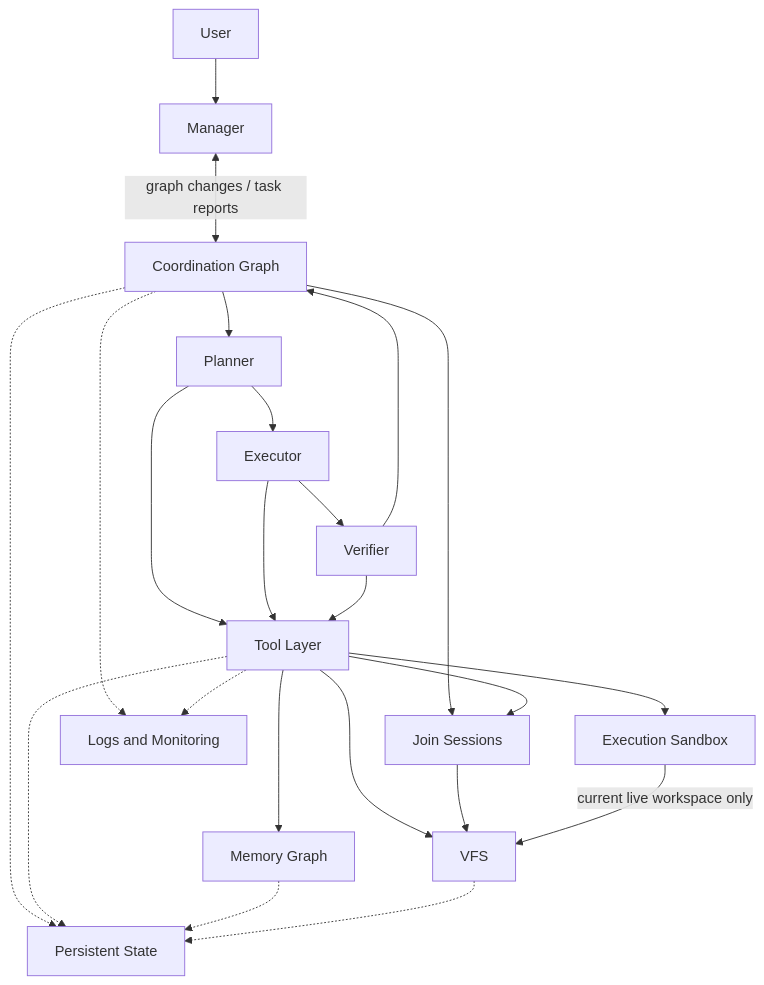
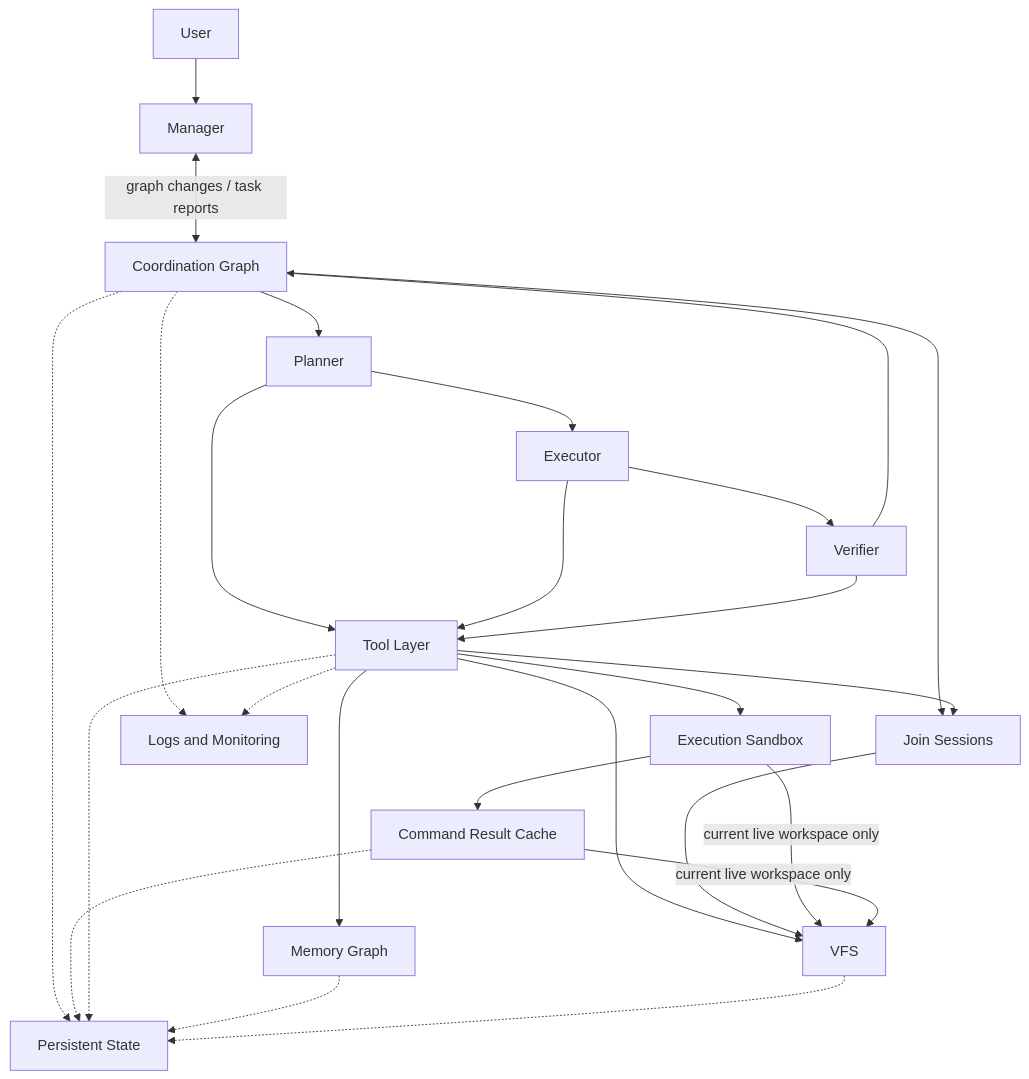
The diagram in docs/architecture-governance.md (KDZZZZZZ/threadmill), drawn with Mermaid before and after one commit. The commit also changed other lines of this file and 19 other files, not shown here.

````diff
--- a/docs/architecture-governance.md
+++ b/docs/architecture-governance.md
@@ -5,29 +5,32 @@
 ```mermaid
 flowchart TD
     U[User] --> M[Manager]
     M <-->|graph changes / task reports| G[Coordination Graph]
 
     G --> P[Planner]
     P --> E[Executor]
     E --> V[Verifier]
     V --> G
     G --> J[Join Sessions]
 
     P --> T[Tool Layer]
     E --> T
     V --> T
     T --> J
     T --> MEM[Memory Graph]
     T --> VFS[VFS]
     J --> VFS
     T --> EXEC[Execution Sandbox]
     EXEC -->|current live workspace only| VFS
+    EXEC --> CACHE[Command Result Cache]
+    CACHE -->|current live workspace only| VFS
 
     G -.-> STATE[Persistent State]
+    CACHE -.-> STATE
     T -.-> STATE
     MEM -.-> STATE
     VFS -.-> STATE
 
     G -.-> OBS[Logs and Monitoring]
     T -.-> OBS
 ```
````
